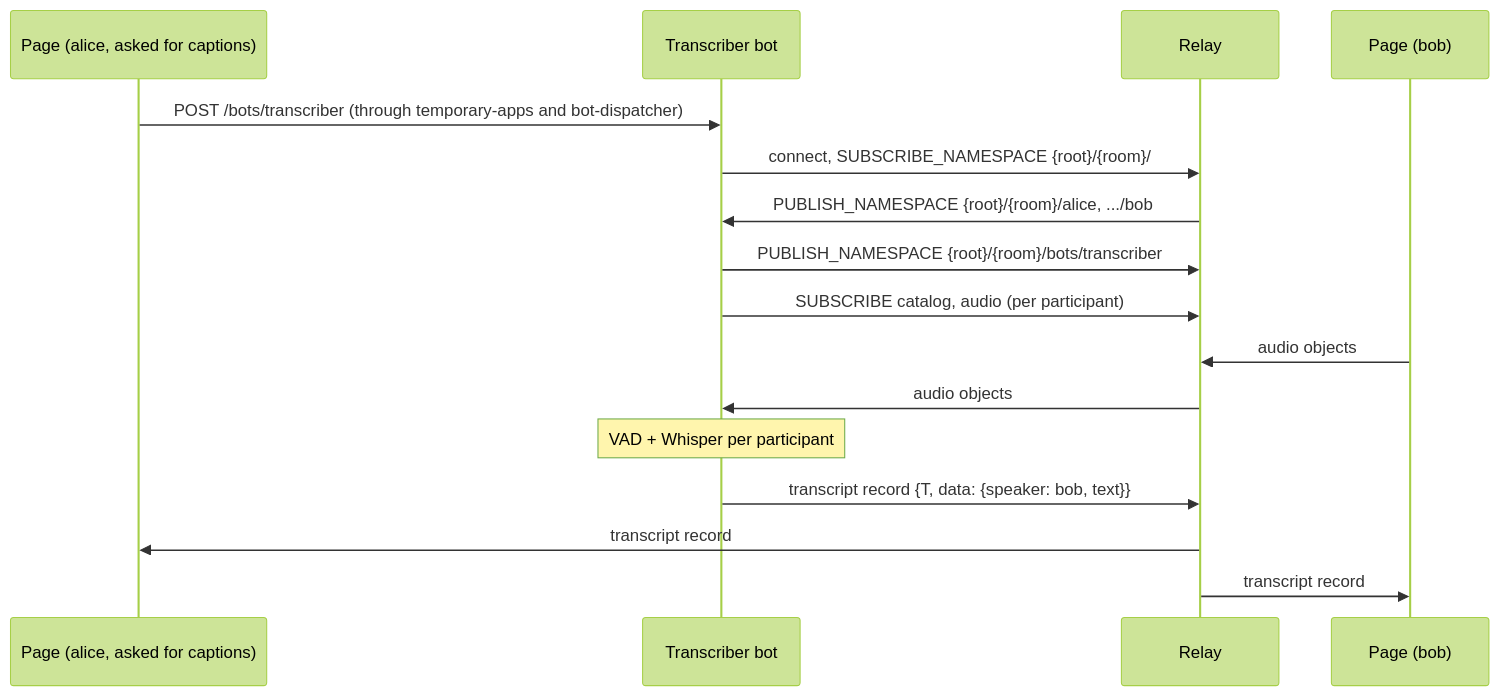
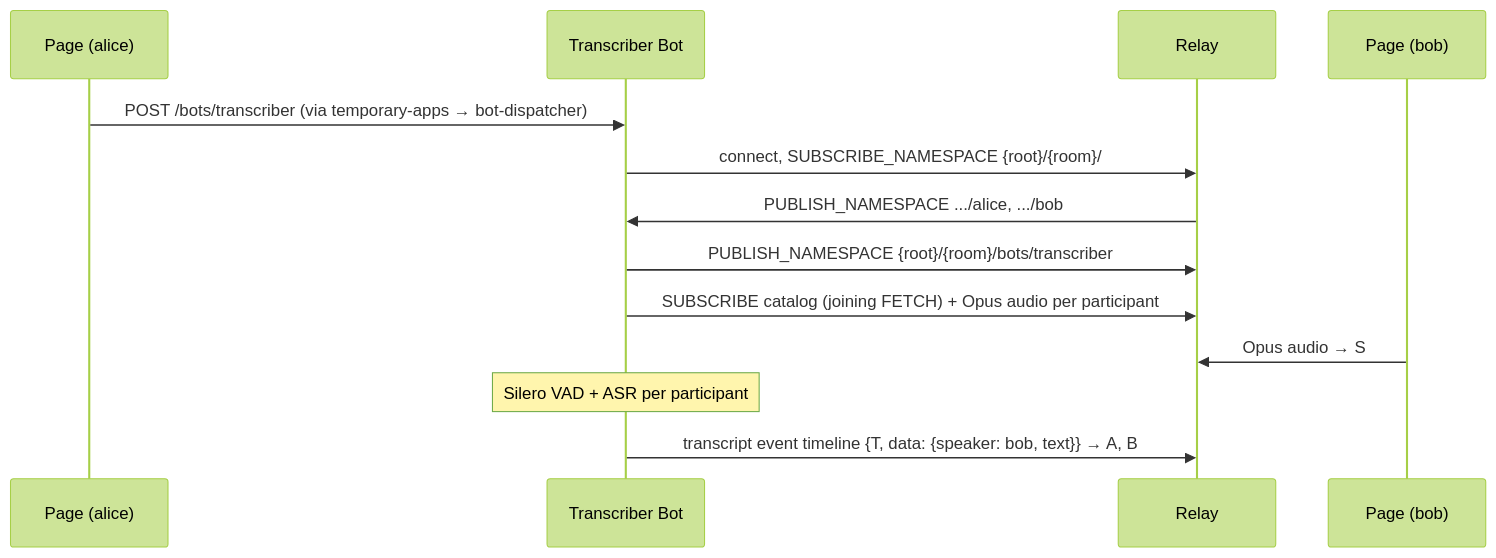
Before and after one commit to nttcom/moq-wasm: the diagram in docs/architecture/ai-bots/meeting-transcriber.md, drawn with Mermaid (forest theme). The commit also changed other lines of this file and 99 other files, not shown here.

Commit message:
docs(architecture): simplify architecture docs for readability (#2021)

````diff
--- a/docs/architecture/ai-bots/meeting-transcriber.md
+++ b/docs/architecture/ai-bots/meeting-transcriber.md
@@ -47,18 +18,15 @@
 ```mermaid
 sequenceDiagram
-    participant A as Page (alice, asked for captions)
-    participant S as Transcriber bot
+    participant A as Page (alice)
+    participant S as Transcriber Bot
     participant R as Relay
     participant B as Page (bob)
-    A->>S: POST /bots/transcriber (through temporary-apps and bot-dispatcher)
+    A->>S: POST /bots/transcriber (via temporary-apps → bot-dispatcher)
     S->>R: connect, SUBSCRIBE_NAMESPACE {root}/{room}/
-    R->>S: PUBLISH_NAMESPACE {root}/{room}/alice, .../bob
+    R->>S: PUBLISH_NAMESPACE .../alice, .../bob
     S->>R: PUBLISH_NAMESPACE {root}/{room}/bots/transcriber
-    S->>R: SUBSCRIBE catalog, audio (per participant)
-    B->>R: audio objects
-    R->>S: audio objects
-    Note over S: VAD + Whisper per participant
-    S->>R: transcript record {T, data: {speaker: bob, text}}
-    R->>A: transcript record
-    R->>B: transcript record
+    S->>R: SUBSCRIBE catalog (joining FETCH) + Opus audio per participant
+    B->>R: Opus audio → S
+    Note over S: Silero VAD + ASR per participant
+    S->>R: transcript event timeline {T, data: {speaker: bob, text}} → A, B
 ```
````
